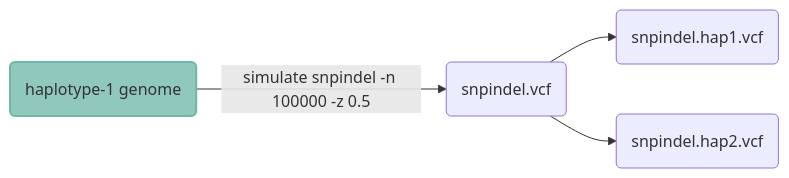
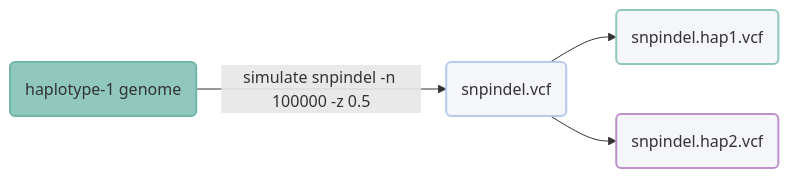
Before and after one commit to pdimens/harpy: the fourth of 6 diagrams in Modules/Simulate/simulate-variants.md, drawn with Mermaid. The commit also changed other lines of this file and 11 other files, not shown here.

Commit message:
update all mermaids

````diff
--- a/Modules/Simulate/simulate-variants.md
+++ b/Modules/Simulate/simulate-variants.md
@@ -259,8 +264,10 @@
 ```mermaid
 graph LR
-    geno(haplotype-1 genome)-->|simulate snpindel -n 100000 -z 0.5|hap(snpindel.vcf)
+    geno(haplotype-1 genome)-->|simulate snpindel -n 100000 -z 0.5|hap(snpindel.vcf):::clean
     hap-->hap1(snpindel.hap1.vcf)
     hap-->hap2(snpindel.hap2.vcf)
     style geno fill:#90c8be,stroke:#6fb6a9,stroke-width:2px
-
+    style hap1 fill:#f5f6f9,stroke:#90c8be,stroke-width:2px
+    style hap2 fill:#f5f6f9,stroke:#bd8fcb,stroke-width:2px
+    classDef clean fill:#f5f6f9,stroke:#b7c9ef,stroke-width:2px
 ```
````
